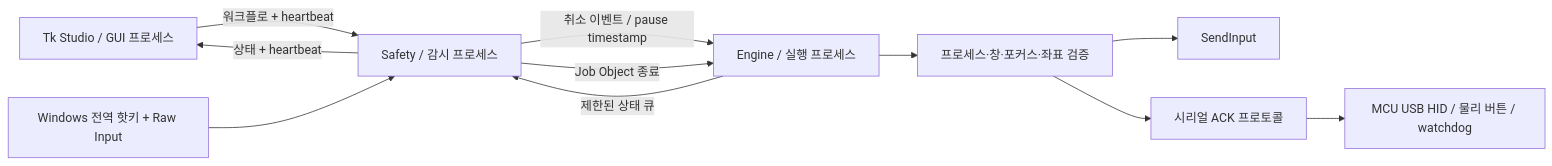
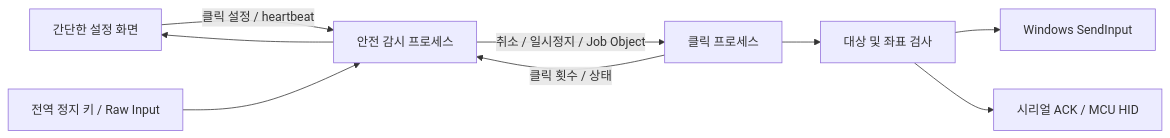
One commit to Ragim-Games/ArcMouse changed the diagram in docs/ARCHITECTURE.md. Above: the diagram before and after it, drawn with Mermaid. The commit also changed other lines of this file and 15 other files, not shown here.

````diff
--- a/docs/ARCHITECTURE.md
+++ b/docs/ARCHITECTURE.md
@@ -3,13 +5,11 @@
 ```mermaid
 flowchart LR
-    UI["Tk Studio / GUI 프로세스"] -->|"워크플로 + heartbeat"| S["Safety / 감시 프로세스"]
-    OS["Windows 전역 핫키 + Raw Input"] --> S
-    S -->|"취소 이벤트 / pause timestamp"| E["Engine / 실행 프로세스"]
-    S -->|"Job Object 종료"| E
-    E --> G["프로세스·창·포커스·좌표 검증"]
-    G --> W["SendInput"]
-    G --> H["시리얼 ACK 프로토콜"]
-    H --> M["MCU USB HID / 물리 버튼 / watchdog"]
-    E -->|"제한된 상태 큐"| S
-    S -->|"상태 + heartbeat"| UI
+    UI[간단한 설정 화면] -->|클릭 설정 / heartbeat| S[안전 감시 프로세스]
+    OS[전역 정지 키 / Raw Input] --> S
+    S -->|취소 / 일시정지 / Job Object| E[클릭 프로세스]
+    E --> G[대상 및 좌표 검사]
+    G --> W[Windows SendInput]
+    G --> H[시리얼 ACK / MCU HID]
+    E -->|클릭 횟수 / 상태| S
+    S --> UI
 ```
````
